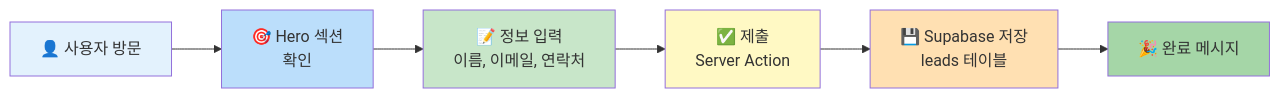
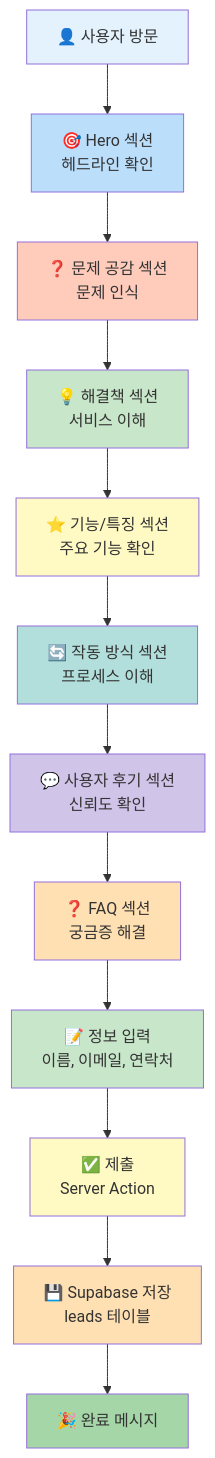
The second of 6 diagrams in docs/Mermaid.md (Kris-Young-Kim/ai-admp), drawn with Mermaid before and after one commit. The commit also changed other lines of this file and 15 other files, not shown here.

````diff
--- a/docs/Mermaid.md
+++ b/docs/Mermaid.md
@@ -37,15 +37,27 @@
 ```mermaid
-graph LR
-    A["👤 사용자 방문"] --> B["🎯 Hero 섹션<br/>확인"]
-    B --> C["📝 정보 입력<br/>이름, 이메일, 연락처"]
-    C --> D["✅ 제출<br/>Server Action"]
-    D --> E["💾 Supabase 저장<br/>leads 테이블"]
-    E --> F["🎉 완료 메시지"]
+graph TD
+    A["👤 사용자 방문"] --> B["🎯 Hero 섹션<br/>헤드라인 확인"]
+    B --> C["❓ 문제 공감 섹션<br/>문제 인식"]
+    C --> D["💡 해결책 섹션<br/>서비스 이해"]
+    D --> E["⭐ 기능/특징 섹션<br/>주요 기능 확인"]
+    E --> F["🔄 작동 방식 섹션<br/>프로세스 이해"]
+    F --> G["💬 사용자 후기 섹션<br/>신뢰도 확인"]
+    G --> H["❓ FAQ 섹션<br/>궁금증 해결"]
+    H --> I["📝 정보 입력<br/>이름, 이메일, 연락처"]
+    I --> J["✅ 제출<br/>Server Action"]
+    J --> K["💾 Supabase 저장<br/>leads 테이블"]
+    K --> L["🎉 완료 메시지"]
     
     style A fill:#e3f2fd
     style B fill:#bbdefb
-    style C fill:#c8e6c9
-    style D fill:#fff9c4
-    style E fill:#ffe0b2
-    style F fill:#a5d6a7
+    style C fill:#ffccbc
+    style D fill:#c8e6c9
+    style E fill:#fff9c4
+    style F fill:#b2dfdb
+    style G fill:#d1c4e9
+    style H fill:#ffe0b2
+    style I fill:#c8e6c9
+    style J fill:#fff9c4
+    style K fill:#ffe0b2
+    style L fill:#a5d6a7
 ```
````
